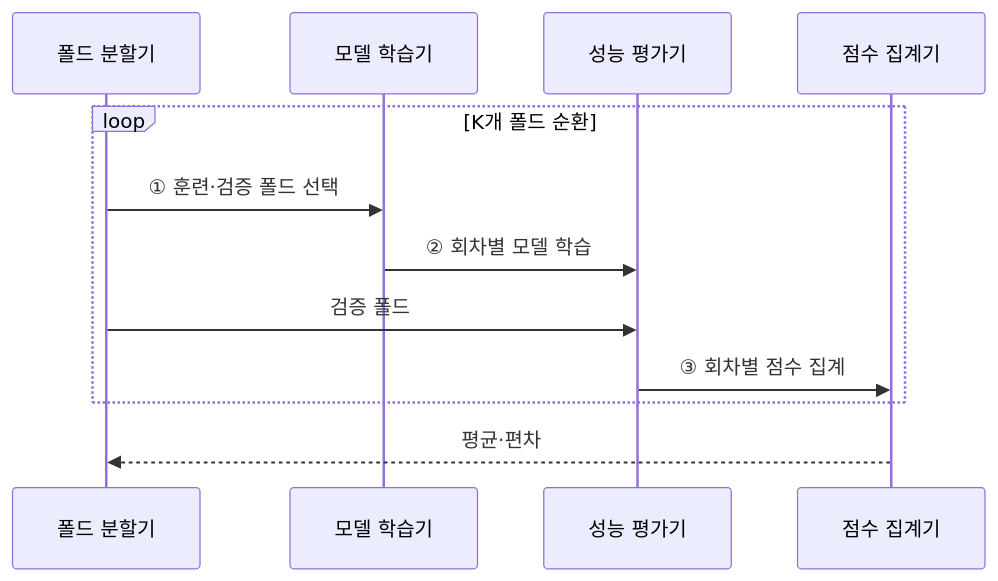
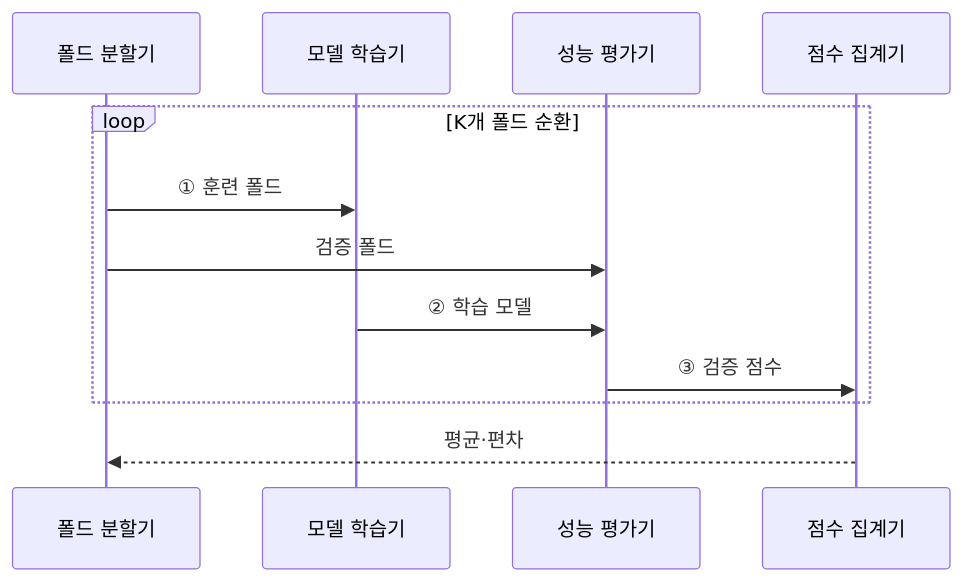
Before and after one commit to agnusdei1207/knowledge-base: the third of 3 diagrams in src/content/docs/notes/01-basic-theory/038_k_fold_cv.md, drawn with Mermaid. The commit also changed other lines of this file and 11 other files, not shown here.

````diff
--- a/src/content/docs/notes/01-basic-theory/038_k_fold_cv.md
+++ b/src/content/docs/notes/01-basic-theory/038_k_fold_cv.md
@@ -100,14 +87,14 @@
 ```mermaid
 sequenceDiagram
     participant S as 폴드 분할기
     participant M as 모델 학습기
     participant E as 성능 평가기
     participant A as 점수 집계기
     loop K개 폴드 순환
-        S->>M: ① 훈련·검증 폴드 선택
-        M->>E: ② 회차별 모델 학습
+        S->>M: ① 훈련 폴드
         S->>E: 검증 폴드
-        E->>A: ③ 회차별 점수 집계
+        M->>E: ② 학습 모델
+        E->>A: ③ 검증 점수
     end
     A-->>S: 평균·편차
 ```
````
